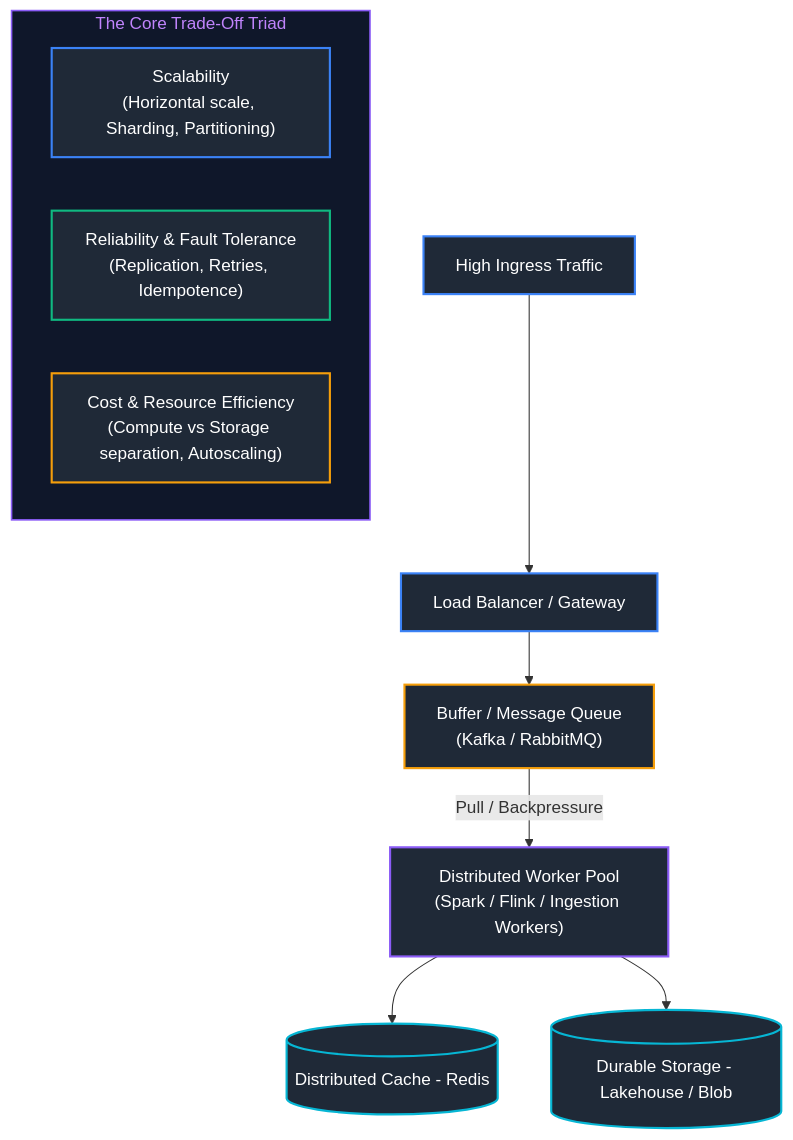
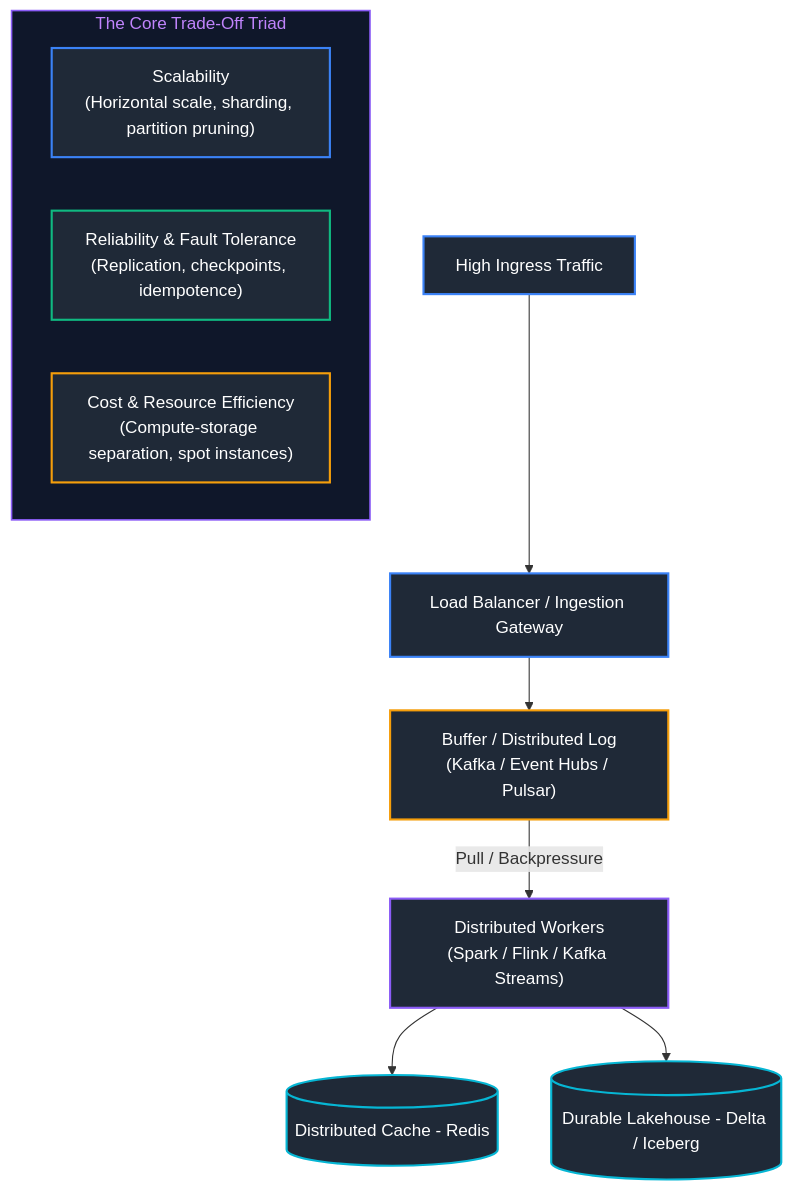
The second of 8 diagrams in Data Engineering/15_system_design_for_data_engineering.md (joydeep-biswas/Interview-Preparation), drawn with Mermaid before and after one commit. The commit also changed other lines of this file and 113 other files, not shown here.

````diff
--- a/Data Engineering/15_system_design_for_data_engineering.md
+++ b/Data Engineering/15_system_design_for_data_engineering.md
@@ -23,25 +94,25 @@
 ```mermaid
 flowchart TD
     subgraph TradeOffTriad ["The Core Trade-Off Triad"]
-        Scalability["Scalability\n(Horizontal scale, Sharding, Partitioning)"]
-        Reliability["Reliability & Fault Tolerance\n(Replication, Retries, Idempotence)"]
-        Cost["Cost & Resource Efficiency<br>(Compute vs Storage separation, Autoscaling)"]
+        Scalability["Scalability<br/>(Horizontal scale, sharding, partition pruning)"]
+        Reliability["Reliability & Fault Tolerance<br/>(Replication, checkpoints, idempotence)"]
+        Cost["Cost & Resource Efficiency<br/>(Compute-storage separation, spot instances)"]
     end
 
-    Traffic[High Ingress Traffic] --> LB[Load Balancer / Gateway]
-    LB --> Queue["Buffer / Message Queue<br>(Kafka / RabbitMQ)"]
-    Queue -- Pull / Backpressure --> Workers["Distributed Worker Pool<br>(Spark / Flink / Ingestion Workers)"]
+    Traffic[High Ingress Traffic] --> LB[Load Balancer / Ingestion Gateway]
+    LB --> Queue["Buffer / Distributed Log<br/>(Kafka / Event Hubs / Pulsar)"]
+    Queue -- Pull / Backpressure --> Workers["Distributed Workers<br/>(Spark / Flink / Kafka Streams)"]
     Workers --> Cache[(Distributed Cache - Redis)]
-    Workers --> Storage[(Durable Storage - Lakehouse / Blob)]
+    Workers --> Storage[(Durable Lakehouse - Delta / Iceberg)]
 
     style TradeOffTriad fill:#0f172a,stroke:#8b5cf6,stroke-width:1.5px,color:#c084fc
     style Scalability fill:#1f2937,stroke:#3b82f6,stroke-width:2px,color:#fff
     style Reliability fill:#1f2937,stroke:#10b981,stroke-width:2px,color:#fff
     style Cost fill:#1f2937,stroke:#f59e0b,stroke-width:2px,color:#fff
     style Traffic fill:#1f2937,stroke:#3b82f6,stroke-width:2px,color:#fff
     style LB fill:#1f2937,stroke:#3b82f6,stroke-width:2px,color:#fff
     style Queue fill:#1f2937,stroke:#f59e0b,stroke-width:2px,color:#fff
     style Workers fill:#1f2937,stroke:#8b5cf6,stroke-width:2px,color:#fff
     style Cache fill:#1f2937,stroke:#06b6d4,stroke-width:2px,color:#fff
     style Storage fill:#1f2937,stroke:#06b6d4,stroke-width:2px,color:#fff
 ```
````
